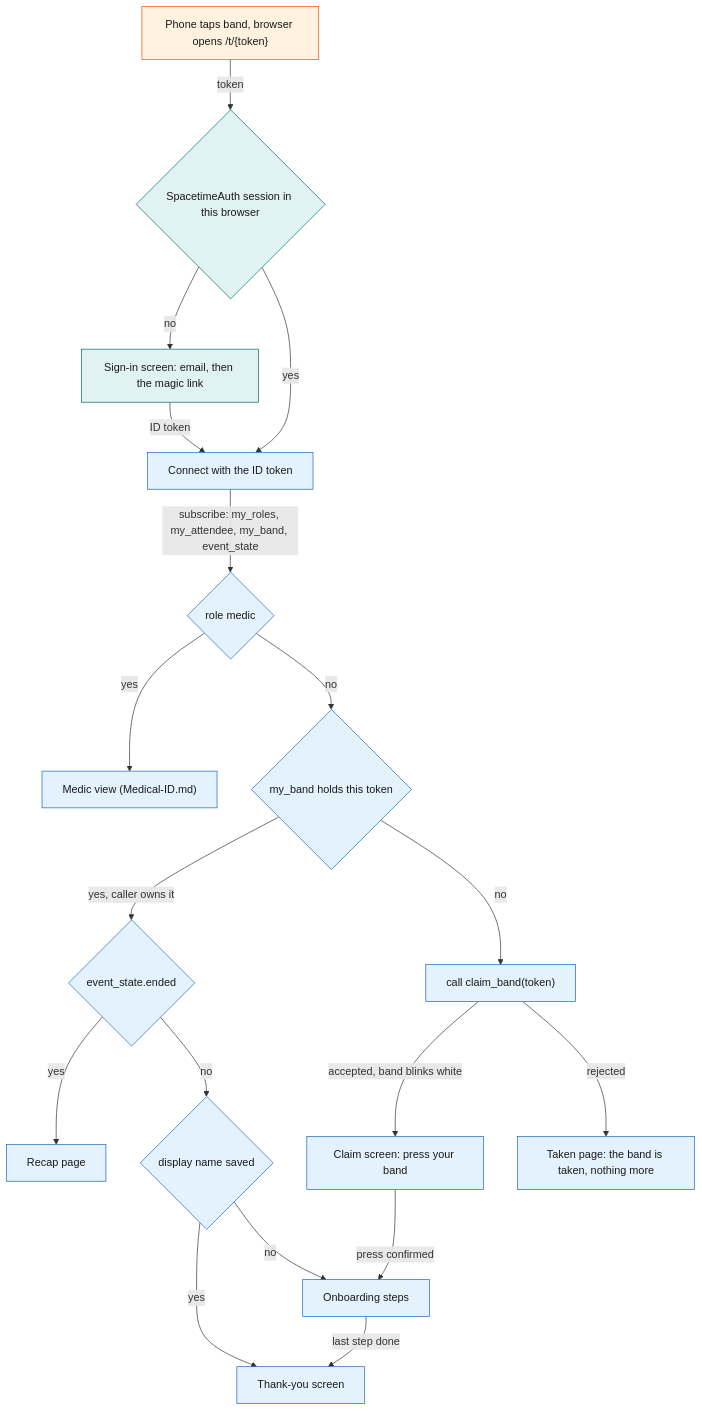
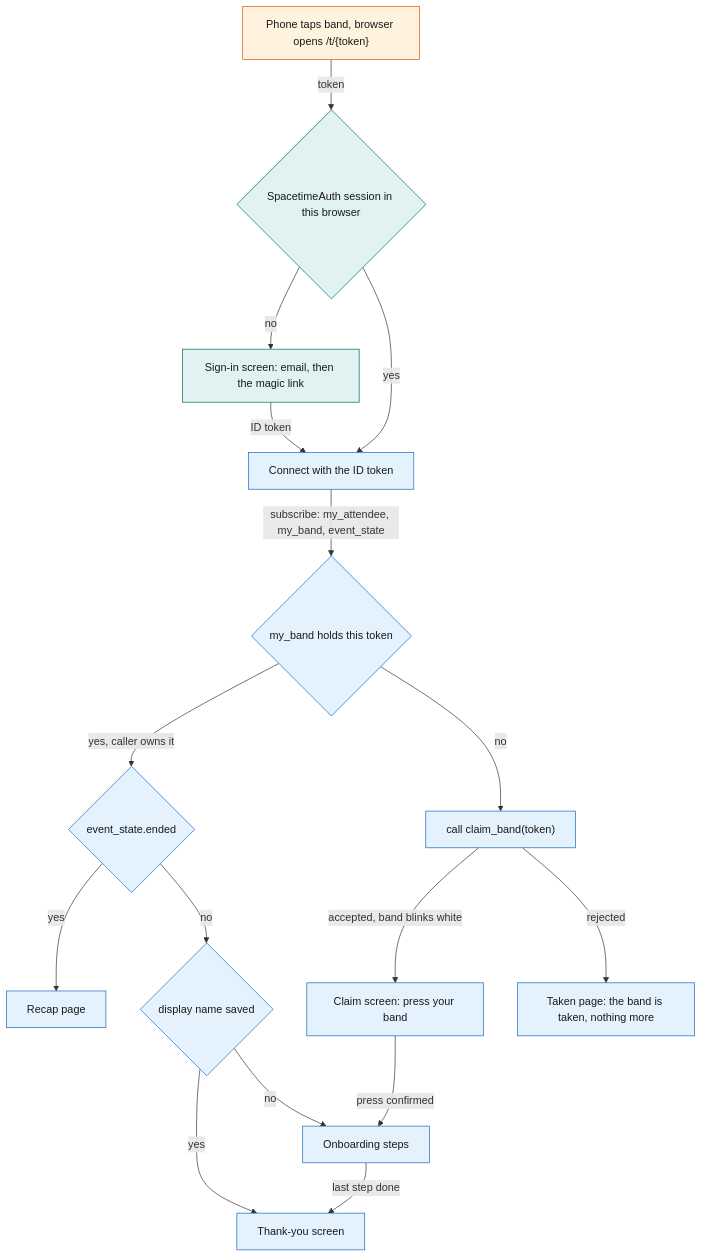
One commit to viktorinkov/cal-hacks-13 changed the first of 4 diagrams in System Design/5-apps/Attendee-App.md. Above: the diagram before and after it, drawn with Mermaid. The commit also changed other lines of this file and 20 other files, not shown here.

````diff
--- a/System Design/5-apps/Attendee-App.md
+++ b/System Design/5-apps/Attendee-App.md
@@ -69,26 +66,24 @@
 ```mermaid
 flowchart TD
     Tap["Phone taps band, browser opens /t/{token}"] -->|"token"| Sess{"SpacetimeAuth session in this browser"}
     Sess -->|"no"| SignIn["Sign-in screen: email, then the magic link"]
     SignIn -->|"ID token"| Conn["Connect with the ID token"]
     Sess -->|"yes"| Conn
-    Conn -->|"subscribe: my_roles, my_attendee, my_band, event_state"| Medic{"role medic"}
-    Medic -->|"yes"| MedicView["Medic view (Medical-ID.md)"]
-    Medic -->|"no"| Mine{"my_band holds this token"}
+    Conn -->|"subscribe: my_attendee, my_band, event_state"| Mine{"my_band holds this token"}
     Mine -->|"yes, caller owns it"| Ended{"event_state.ended"}
     Ended -->|"yes"| Recap["Recap page"]
     Ended -->|"no"| Named{"display name saved"}
     Named -->|"yes"| Thanks["Thank-you screen"]
     Named -->|"no"| Onb["Onboarding steps"]
     Mine -->|"no"| Start["call claim_band(token)"]
     Start -->|"accepted, band blinks white"| Claim["Claim screen: press your band"]
     Start -->|"rejected"| Taken["Taken page: the band is taken, nothing more"]
     Claim -->|"press confirmed"| Onb
     Onb -->|"last step done"| Thanks
     classDef web fill:#E3F2FD,stroke:#1565C0,color:#1A1A1A
     classDef device fill:#FFF3E0,stroke:#E65100,color:#1A1A1A
     classDef ext fill:#E0F2F1,stroke:#00695C,color:#1A1A1A
-    class Conn,Medic,Mine,Ended,Named,Start,MedicView,Claim,Onb,Thanks,Recap,Taken web
+    class Conn,Mine,Ended,Named,Start,Claim,Onb,Thanks,Recap,Taken web
     class Tap device
     class Sess,SignIn ext
 ```
````
